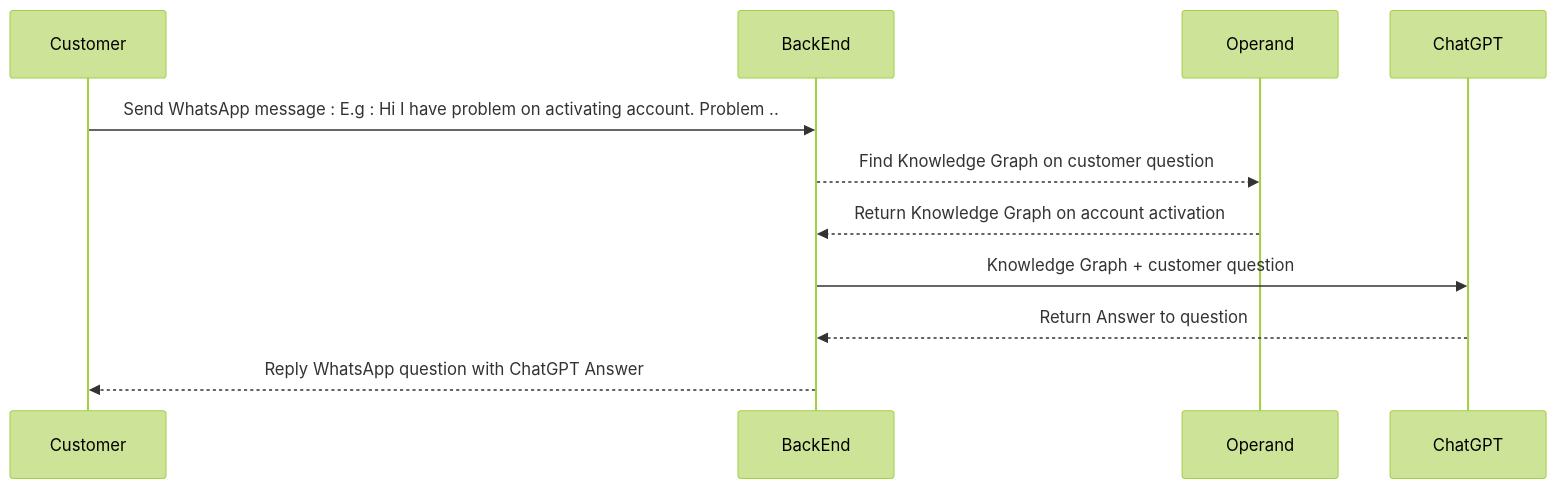
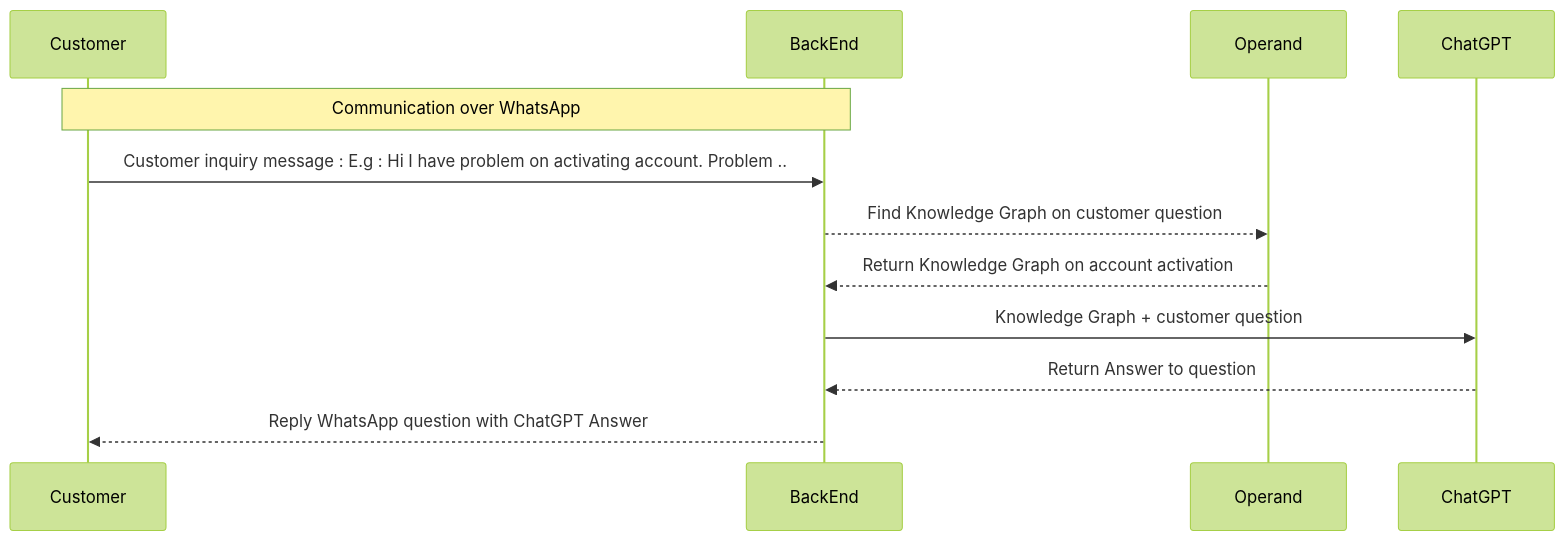
The diagram in README.md (azizasm/chatgpt-whatsapp-AI-Chatbot), drawn with Mermaid (forest theme) before and after one commit.

````diff
--- a/README.md
+++ b/README.md
@@ -49,11 +49,12 @@
 ```mermaid
 sequenceDiagram
-    Customer ->> BackEnd: Send WhatsApp message : E.g : Hi I have problem on activating account. Problem ..
+    Note over Customer,BackEnd: Communication over WhatsApp
+    Customer ->> BackEnd: Customer inquiry message : E.g : Hi I have problem on activating account. Problem ..
     BackEnd-->>Operand: Find Knowledge Graph on customer question 
     Operand-->>BackEnd: Return Knowledge Graph on account activation
     BackEnd->>ChatGPT: Knowledge Graph + customer question
     ChatGPT-->>BackEnd: Return Answer to question
     BackEnd-->>Customer: Reply WhatsApp question with ChatGPT Answer
 
 
 ```
````
